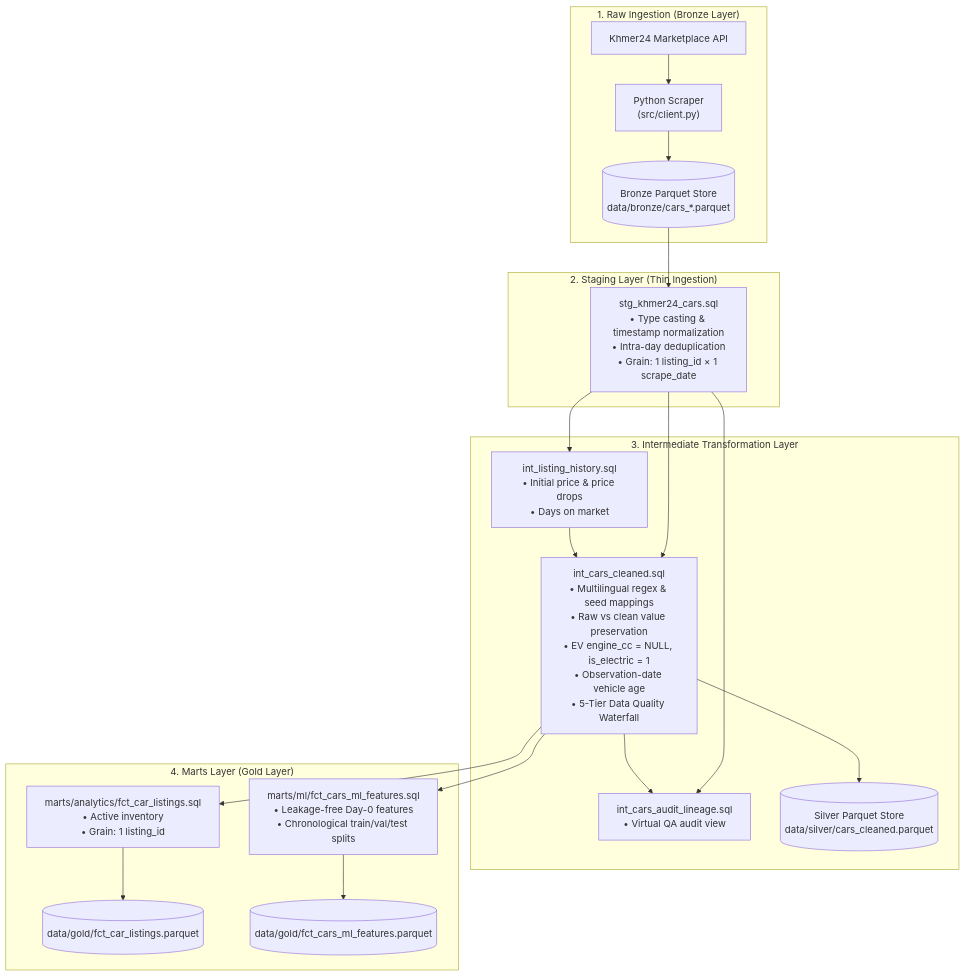
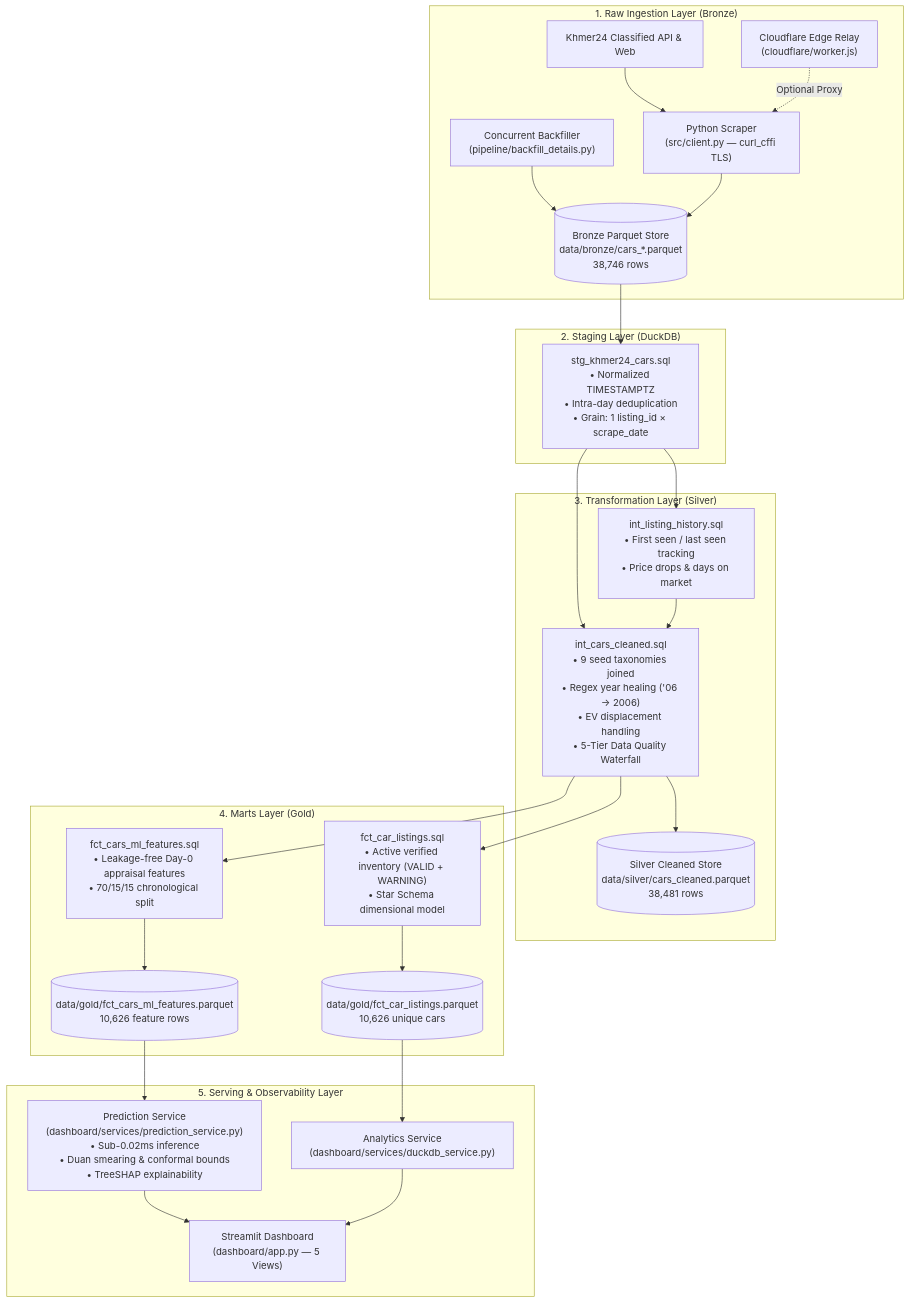
One commit to PHALMenghak/car-price-prediction changed the diagram in README.md. Above: the diagram before and after it, drawn with Mermaid. The commit also changed other lines of this file and 22 other files, not shown here.

Commit message:
feat(pipeline): update silver/gold data, refresh champion model, polish dashboard, notebooks, and README

````diff
--- a/README.md
+++ b/README.md
@@ -61,27 +78,34 @@
 ```mermaid
 flowchart TD
-    subgraph S1["1. Raw Ingestion (Bronze Layer)"]
-        A["Khmer24 Marketplace API"] --> B["Python Scraper\n(src/client.py)"]
-        B --> C[("Bronze Parquet Store\ndata/bronze/cars_*.parquet")]
+    subgraph S1["1. Raw Ingestion Layer (Bronze)"]
+        A["Khmer24 Classified API & Web"] --> B["Python Scraper\n(src/client.py — curl_cffi TLS)"]
+        C["Cloudflare Edge Relay\n(cloudflare/worker.js)"] -. Optional Proxy .-> B
+        D["Concurrent Backfiller\n(pipeline/backfill_details.py)"] --> E[("Bronze Parquet Store\ndata/bronze/cars_*.parquet\n38,746 rows")]
+        B --> E
     end
 
-    subgraph S2["2. Staging Layer (Thin Ingestion)"]
-        C --> D["stg_khmer24_cars.sql\n• Type casting & timestamp normalization\n• Intra-day deduplication\n• Grain: 1 listing_id × 1 scrape_date"]
+    subgraph S2["2. Staging Layer (DuckDB)"]
+        E --> F["stg_khmer24_cars.sql\n• Normalized TIMESTAMPTZ\n• Intra-day deduplication\n• Grain: 1 listing_id × scrape_date"]
     end
 
-    subgraph S3["3. Intermediate Transformation Layer"]
-        D --> E["int_listing_history.sql\n• Initial price & price drops\n• Days on market"]
-        D --> F["int_cars_cleaned.sql\n• Multilingual regex & seed mappings\n• Raw vs clean value preservation\n• EV engine_cc = NULL, is_electric = 1\n• Observation-date vehicle age\n• 5-Tier Data Quality Waterfall"]
-        E --> F
-        D --> G["int_cars_audit_lineage.sql\n• Virtual QA audit view"]
-        F --> G
-        F --> H[("Silver Parquet Store\ndata/silver/cars_cleaned.parquet")]
+    subgraph S3["3. Transformation Layer (Silver)"]
+        F --> G["int_listing_history.sql\n• First seen / last seen tracking\n• Price drops & days on market"]
+        F --> H["int_cars_cleaned.sql\n• 9 seed taxonomies joined\n• Regex year healing ('06 -> 2006)\n• EV displacement handling\n• 5-Tier Data Quality Waterfall"]
+        G --> H
+        H --> I[("Silver Cleaned Store\ndata/silver/cars_cleaned.parquet\n38,481 rows")]
     end
 
-    subgraph S4["4. Marts Layer (Gold Layer)"]
-        F --> J["marts/analytics/fct_car_listings.sql\n• Active inventory\n• Grain: 1 listing_id"]
-        F --> K["marts/ml/fct_cars_ml_features.sql\n• Leakage-free Day-0 features\n• Chronological train/val/test splits"]
-        J --> L[("data/gold/fct_car_listings.parquet")]
-        K --> M[("data/gold/fct_cars_ml_features.parquet")]
+    subgraph S4["4. Marts Layer (Gold)"]
+        H --> J["fct_car_listings.sql\n• Active verified inventory (VALID + WARNING)\n• Star Schema dimensional model"]
+        H --> K["fct_cars_ml_features.sql\n• Leakage-free Day-0 appraisal features\n• 70/15/15 chronological split"]
+        J --> L[("data/gold/fct_car_listings.parquet\n10,626 unique cars")]
+        K --> M[("data/gold/fct_cars_ml_features.parquet\n10,626 feature rows")]
+    end
+
+    subgraph S5["5. Serving & Observability Layer"]
+        M --> N["Prediction Service\n(dashboard/services/prediction_service.py)\n• Sub-0.02ms inference\n• Duan smearing & conformal bounds\n• TreeSHAP explainability"]
+        L --> O["Analytics Service\n(dashboard/services/duckdb_service.py)"]
+        N --> P["Streamlit Dashboard\n(dashboard/app.py — 5 Views)"]
+        O --> P
     end
 ```
````
